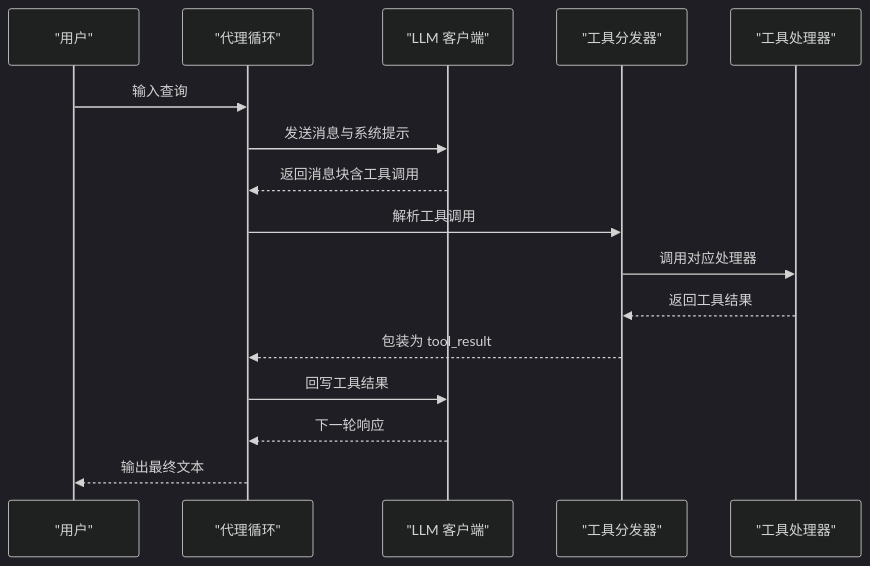
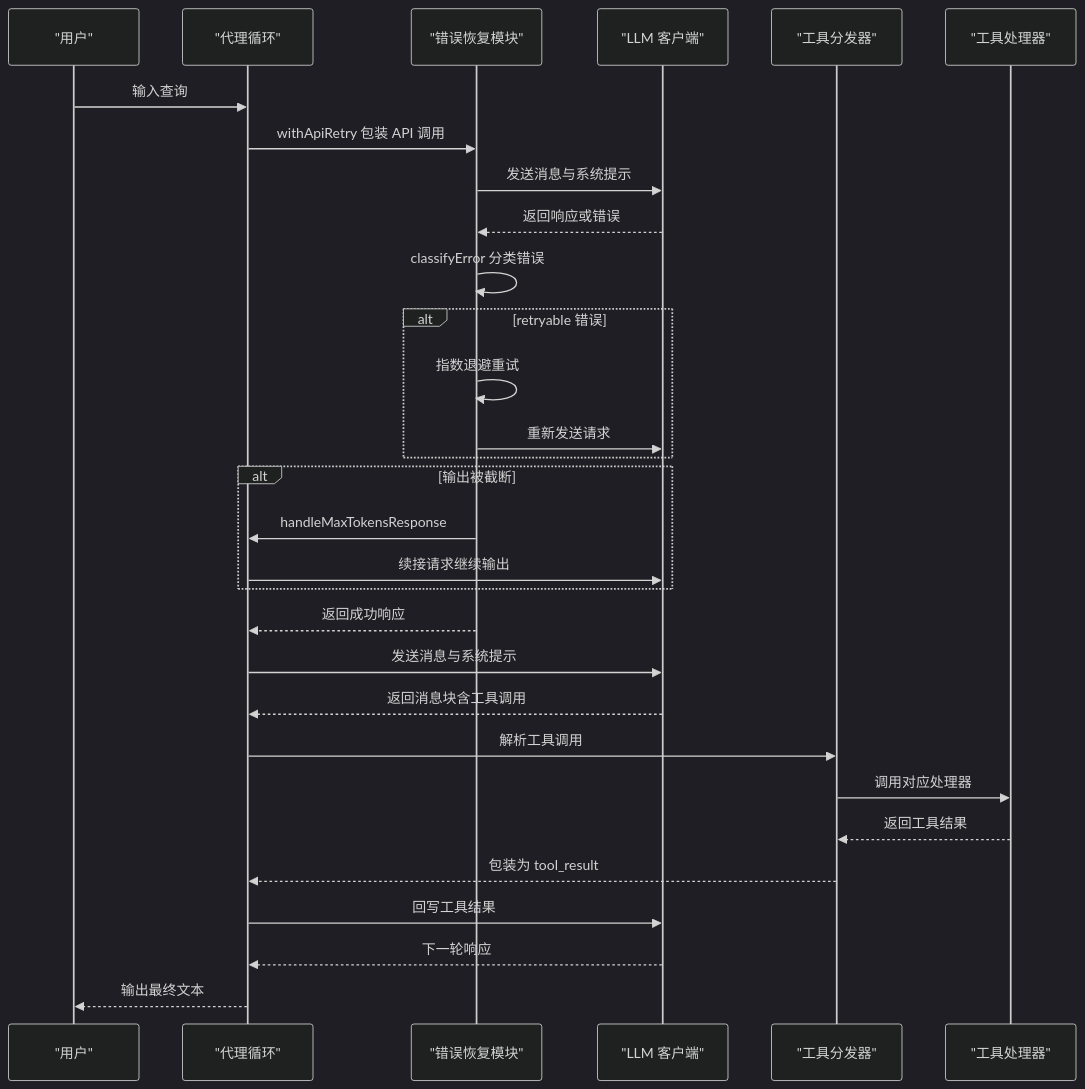
Before and after one commit to eurekaYYzero/Mini-Claude-Code: the second of 11 diagrams in .qoder/repowiki/zh/content/高级主题/高级主题.md, drawn with Mermaid (dark theme). The commit also changed other lines of this file and 20 other files, not shown here.

````diff
--- a/.qoder/repowiki/zh/content/高级主题/高级主题.md
+++ b/.qoder/repowiki/zh/content/高级主题/高级主题.md
@@ -85,18 +110,32 @@
 ```mermaid
 sequenceDiagram
 participant U as "用户"
 participant A as "代理循环"
+participant R as "错误恢复模块"
 participant M as "LLM 客户端"
 participant T as "工具分发器"
 participant H as "工具处理器"
 U->>A : 输入查询
+A->>R : withApiRetry 包装 API 调用
+R->>M : 发送消息与系统提示
+M-->>R : 返回响应或错误
+R->>R : classifyError 分类错误
+alt retryable 错误
+R->>R : 指数退避重试
+R->>M : 重新发送请求
+end
+alt 输出被截断
+R->>A : handleMaxTokensResponse
+A->>M : 续接请求继续输出
+end
+R-->>A : 返回成功响应
 A->>M : 发送消息与系统提示
 M-->>A : 返回消息块含工具调用
 A->>T : 解析工具调用
 T->>H : 调用对应处理器
 H-->>T : 返回工具结果
 T-->>A : 包装为 tool_result
 A->>M : 回写工具结果
 M-->>A : 下一轮响应
 A-->>U : 输出最终文本
 ```
````
